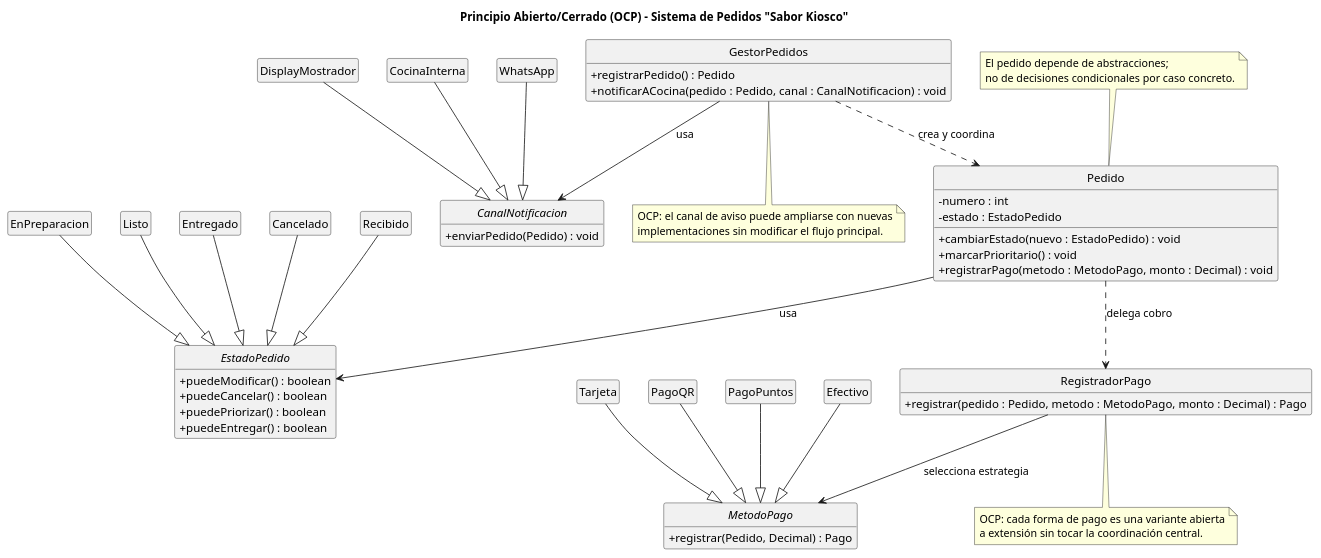
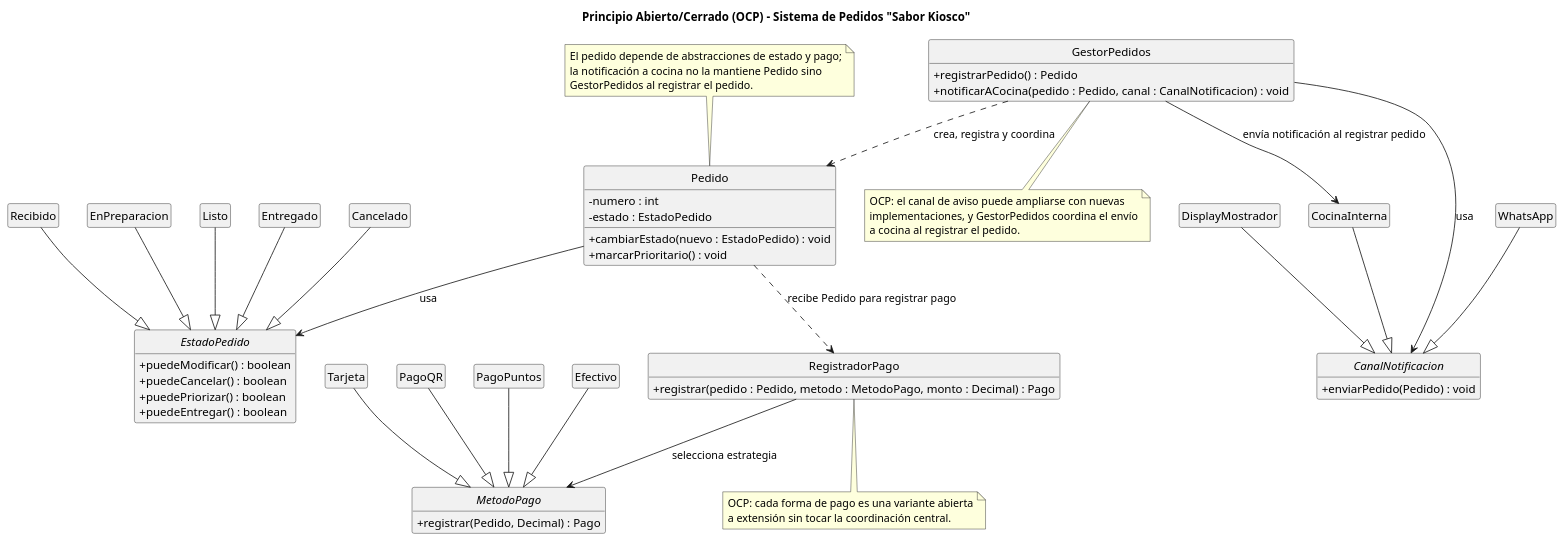
The diagram in diagramas/01-diagrama-clases/01-solid-02-ocp.puml (cmariano93-netizen/SistemaPedidos), drawn with PlantUML before and after one commit. The commit also changed 3 other files, not shown here.

```diff
--- a/diagramas/01-diagrama-clases/01-solid-02-ocp.puml
+++ b/diagramas/01-diagrama-clases/01-solid-02-ocp.puml
@@ -1,91 +1,93 @@
 @startuml
 skinparam shadowing false
 skinparam classAttributeIconSize 0
 hide empty members
 hide circle
 
 title Principio Abierto/Cerrado (OCP) - Sistema de Pedidos "Sabor Kiosco"
 
 abstract class EstadoPedido {
   + puedeModificar() : boolean
   + puedeCancelar() : boolean
   + puedePriorizar() : boolean
   + puedeEntregar() : boolean
 }
 
 class Recibido
 class EnPreparacion
 class Listo
 class Entregado
 class Cancelado
 
 abstract class MetodoPago {
   + registrar(Pedido, Decimal) : Pago
 }
 
 class Efectivo
 class Tarjeta
 class PagoQR
 class PagoPuntos
 
 abstract class CanalNotificacion {
   + enviarPedido(Pedido) : void
 }
 
 class CocinaInterna
 class WhatsApp
 class DisplayMostrador
 
 class Pedido {
   - numero : int
   - estado : EstadoPedido
   + cambiarEstado(nuevo : EstadoPedido) : void
   + marcarPrioritario() : void
-  + registrarPago(metodo : MetodoPago, monto : Decimal) : void
 }
 
 class RegistradorPago {
   + registrar(pedido : Pedido, metodo : MetodoPago, monto : Decimal) : Pago
 }
 
 class GestorPedidos {
   + registrarPedido() : Pedido
   + notificarACocina(pedido : Pedido, canal : CanalNotificacion) : void
 }
 
 Recibido --|> EstadoPedido
 EnPreparacion --|> EstadoPedido
 Listo --|> EstadoPedido
 Entregado --|> EstadoPedido
 Cancelado --|> EstadoPedido
 
 Efectivo --|> MetodoPago
 Tarjeta --|> MetodoPago
 PagoQR --|> MetodoPago
 PagoPuntos --|> MetodoPago
 
 CocinaInterna --|> CanalNotificacion
 WhatsApp --|> CanalNotificacion
 DisplayMostrador --|> CanalNotificacion
 
 Pedido --> EstadoPedido : usa
-Pedido ..> RegistradorPago : delega cobro
+Pedido ..> RegistradorPago : recibe Pedido para registrar pago
 RegistradorPago --> MetodoPago : selecciona estrategia
 GestorPedidos --> CanalNotificacion : usa
-GestorPedidos ..> Pedido : crea y coordina
+GestorPedidos --> CocinaInterna : envía notificación al registrar pedido
+GestorPedidos ..> Pedido : crea, registra y coordina
 
 note top of Pedido
-  El pedido depende de abstracciones;
-  no de decisiones condicionales por caso concreto.
+  El pedido depende de abstracciones de estado y pago;
+  la notificación a cocina no la mantiene Pedido sino
+  GestorPedidos al registrar el pedido.
 end note
 
 note bottom of RegistradorPago
   OCP: cada forma de pago es una variante abierta
   a extensión sin tocar la coordinación central.
 end note
 
 note bottom of GestorPedidos
   OCP: el canal de aviso puede ampliarse con nuevas
-  implementaciones sin modificar el flujo principal.
+  implementaciones, y GestorPedidos coordina el envío
+  a cocina al registrar el pedido.
 end note
 @enduml
```
